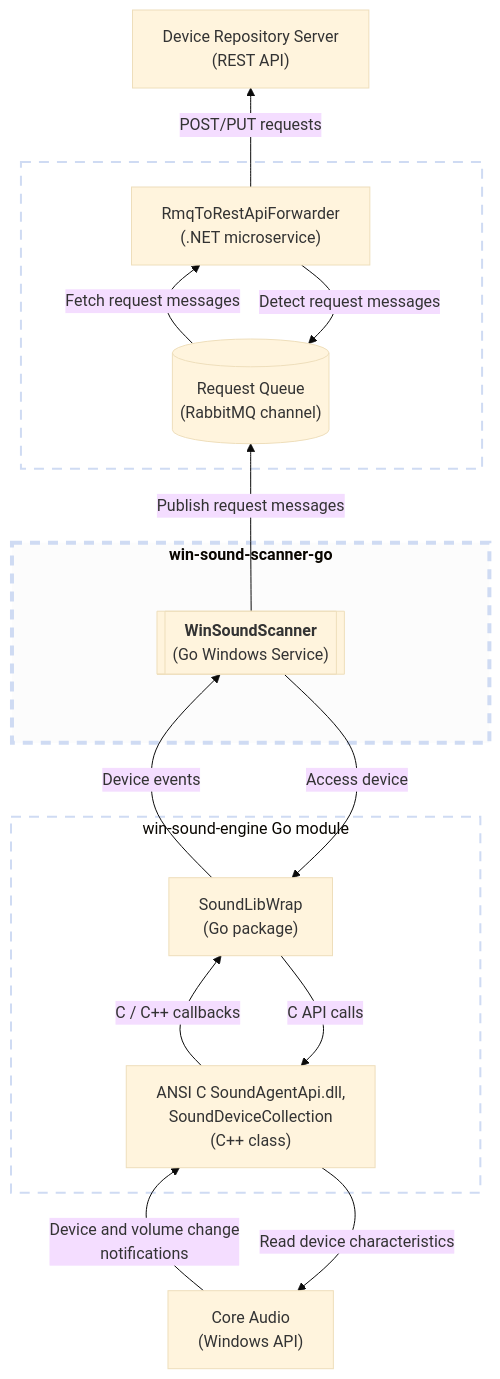
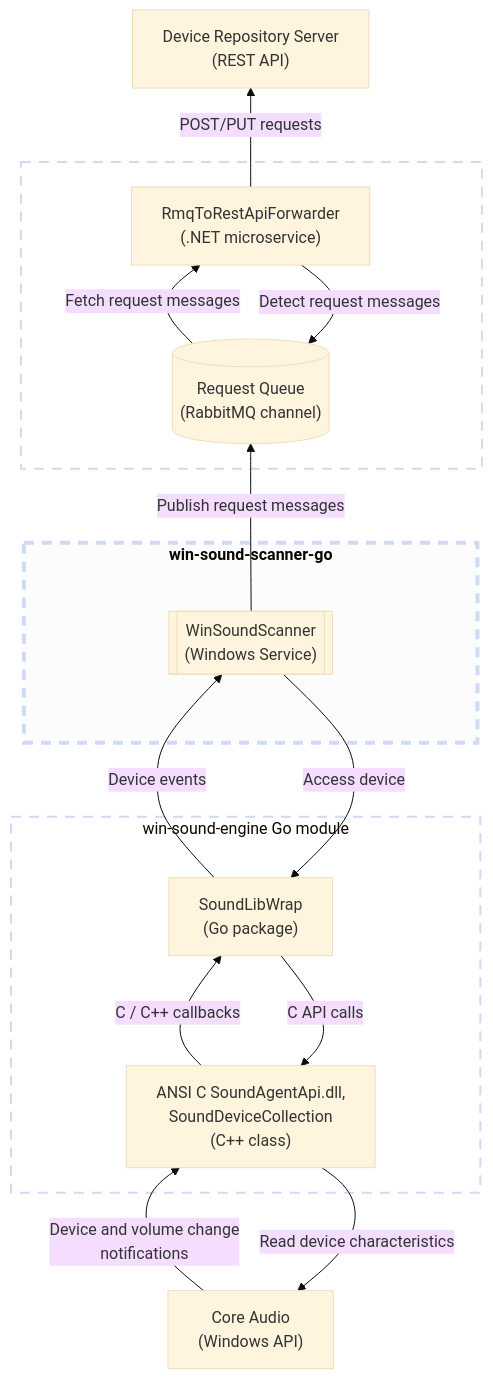
Before and after one commit to collect-sound-devices/win-sound-scanner-go: the diagram in README.md, drawn with Mermaid (base theme).

Commit message:
Update WinSoundScanner description in README

````diff
--- a/README.md
+++ b/README.md
@@ -9,51 +9,51 @@
 ```mermaid
 flowchart BT
 
 classDef dottedBox fill:transparent, fill-opacity:0.55, stroke-dasharray:10 8, stroke-width:2px;
 classDef stressedBox fill:#f0f0f0, fill-opacity:0.2, stroke-dasharray:10 8, stroke-width:4px;
 classDef invisibleNode fill:transparent, stroke:transparent;
 
 coreAudioApi["Core Audio<br>(Windows API)"]
 
 subgraph scannerBackend["win-sound-engine Go module"]
     invisible3["<br><br><br><br><br>"]
     class invisible3 invisibleNode
     goCgoWrapper["SoundLibWrap<br>(Go package)"]
     soundAgentApiDll["ANSI C SoundAgentApi.dll,<br>SoundDeviceCollection<br>(C++ class)"]
     invisible4["<br><br><br><br><br>"]
     class invisible4 invisibleNode
 end
 class scannerBackend dottedBox
 
 coreAudioApi -->|Device and volume change<br>notifications| soundAgentApiDll
 soundAgentApiDll --> |Read device characteristics| coreAudioApi
 
 subgraph scannerService["<b>win-sound-scanner-go</b>"]
     invisible1["<br><br><br><br><br>"]
     class invisible1 invisibleNode
-    winSoundScannerService[["<b>WinSoundScanner</b><br>(Go Windows Service)"]]
+    winSoundScannerService[["WinSoundScanner<br>(Windows Service)"]]
     invisible2["<br><br><br><br><br>"]
     class invisible2 invisibleNode
 end
 class scannerService stressedBox
 
 subgraph requestQueueMicroservice["<br>"]
     requestQueue[("Request Queue<br>(RabbitMQ channel)")]
     rabbitMqRestForwarder["RmqToRestApiForwarder<br>(.NET microservice)"]
 end
 class requestQueueMicroservice dottedBox
 
 deviceRepositoryApi["Device Repository Server<br>(REST API)"]
 
 winSoundScannerService --> |Access device| goCgoWrapper
 goCgoWrapper -->|Device events| winSoundScannerService
 
 goCgoWrapper --> |C API calls| soundAgentApiDll
 soundAgentApiDll -->|C / C++ callbacks| goCgoWrapper
 
 winSoundScannerService -->|Publish request messages| requestQueue
 
 requestQueue -->|Fetch request messages| rabbitMqRestForwarder
 rabbitMqRestForwarder --> |Detect request messages| requestQueue
 rabbitMqRestForwarder -->|POST/PUT requests| deviceRepositoryApi
 ```
````
